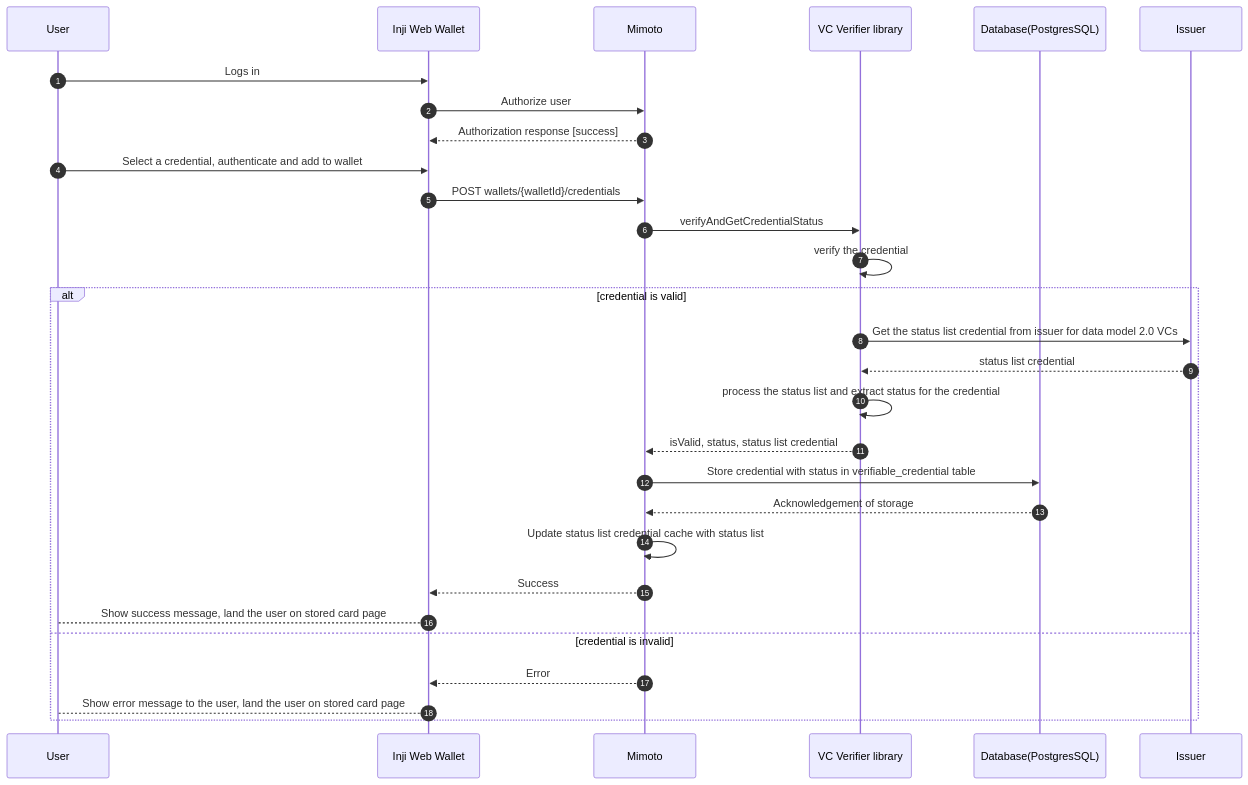
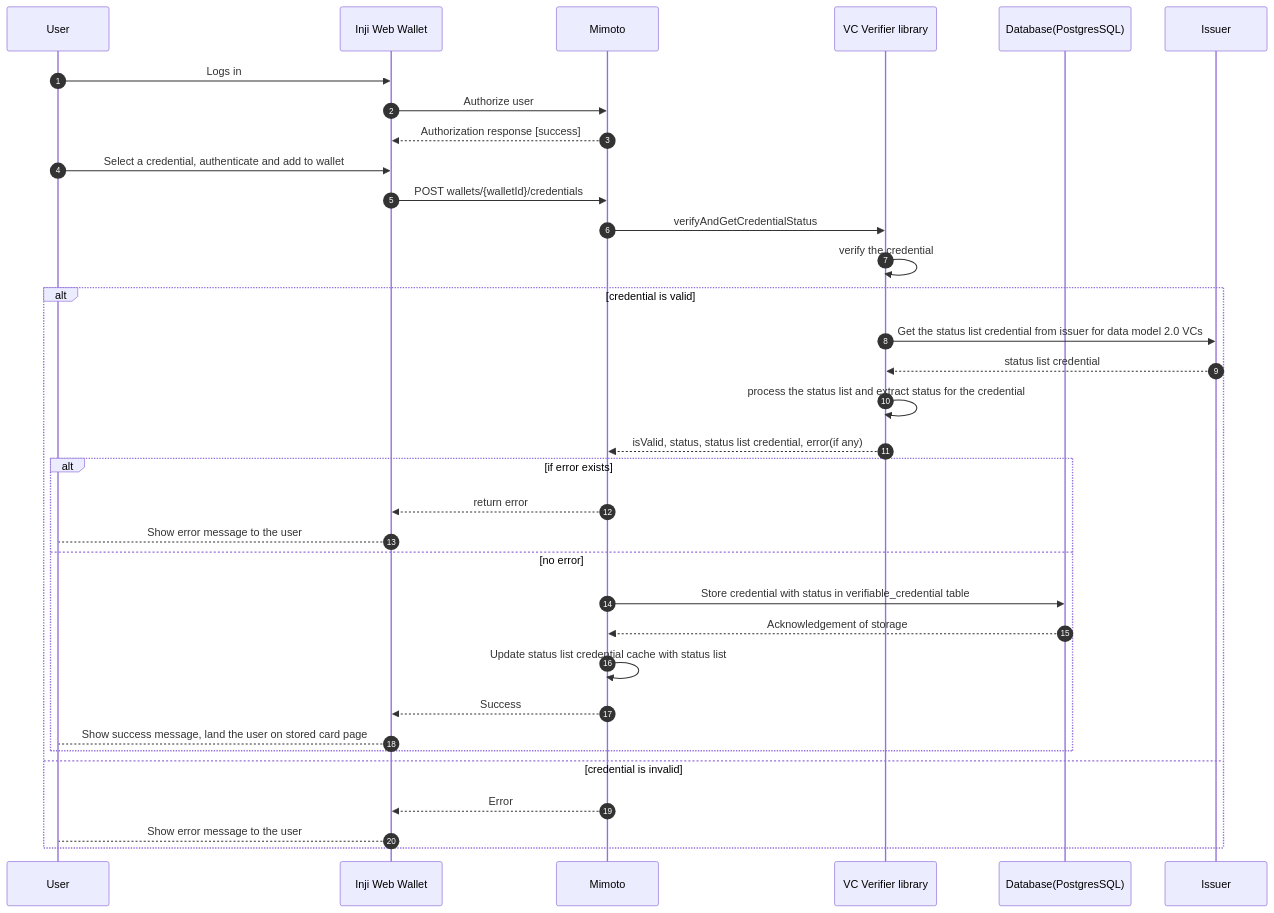
One commit to inji/mimoto changed the fourth of 4 diagrams in docs/VCStatusCheckDesign.md. Above: the diagram before and after it, drawn with Mermaid. The commit also changed other lines of this file, not shown here.

````diff
--- a/docs/VCStatusCheckDesign.md
+++ b/docs/VCStatusCheckDesign.md
@@ -155,31 +179,36 @@
 ```mermaid
 sequenceDiagram
     autonumber
     participant User
     participant InjiWeb as Inji Web Wallet
     participant Mimoto
     participant VCVerifier as VC Verifier library
     participant Database as Database(PostgresSQL)
     participant Issuer
     User->>InjiWeb: Logs in
     InjiWeb->>Mimoto: Authorize user
     Mimoto-->> InjiWeb: Authorization response [success]
     User->>InjiWeb: Select a credential, authenticate and add to wallet
     InjiWeb->>Mimoto: POST wallets/{walletId}/credentials
     Mimoto->>VCVerifier: verifyAndGetCredentialStatus
     VCVerifier->>VCVerifier: verify the credential
     alt credential is valid
         VCVerifier->>Issuer: Get the status list credential from issuer for data model 2.0 VCs
         Issuer-->>VCVerifier: status list credential
         VCVerifier->>VCVerifier: process the status list and extract status for the credential
-        VCVerifier-->>Mimoto: isValid, status, status list credential
-        Mimoto->>Database: Store credential with status in verifiable_credential table
-        Database-->>Mimoto: Acknowledgement of storage
-        Mimoto->>Mimoto: Update status list credential cache with status list
-        Mimoto-->>InjiWeb: Success
-        InjiWeb-->User: Show success message, land the user on stored card page
+        VCVerifier-->>Mimoto: isValid, status, status list credential, error(if any)
+        alt if error exists 
+            Mimoto-->>InjiWeb: return error
+            InjiWeb-->User: Show error message to the user
+        else no error
+            Mimoto->>Database: Store credential with status in verifiable_credential table
+            Database-->>Mimoto: Acknowledgement of storage
+            Mimoto->>Mimoto: Update status list credential cache with status list
+            Mimoto-->>InjiWeb: Success
+            InjiWeb-->User: Show success message, land the user on stored card page
+        end
     else credential is invalid
         Mimoto-->>InjiWeb: Error
-        InjiWeb-->User: Show error message to the user, land the user on stored card page
+        InjiWeb-->User: Show error message to the user
     end
 ```
````
